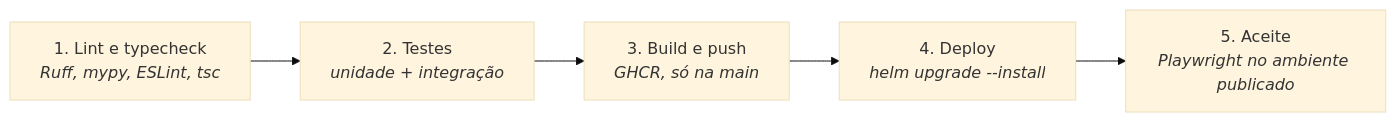
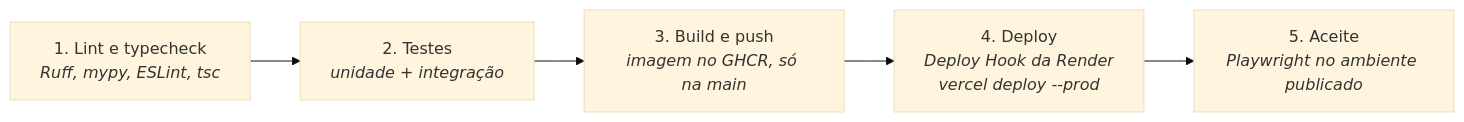
Before and after one commit to JonasRocha189/postpilot-ai: the second of 2 diagrams in _docs/implantacao.md, drawn with Mermaid (base theme). The commit also changed other lines of this file and 19 other files, not shown here.

````diff
--- a/_docs/implantacao.md
+++ b/_docs/implantacao.md
@@ -52,10 +60,10 @@
 ```mermaid
 flowchart LR
     lint["1. Lint e typecheck<br/><i>Ruff, mypy, ESLint, tsc</i>"]
     test["2. Testes<br/><i>unidade + integração</i>"]
-    build["3. Build e push<br/><i>GHCR, só na main</i>"]
-    deploy["4. Deploy<br/><i>helm upgrade --install</i>"]
+    build["3. Build e push<br/><i>imagem no GHCR, só na main</i>"]
+    deploy["4. Deploy<br/><i>Deploy Hook da Render<br/>vercel deploy --prod</i>"]
     e2e["5. Aceite<br/><i>Playwright no ambiente publicado</i>"]
 
     lint --> test --> build --> deploy --> e2e
 ```
````
